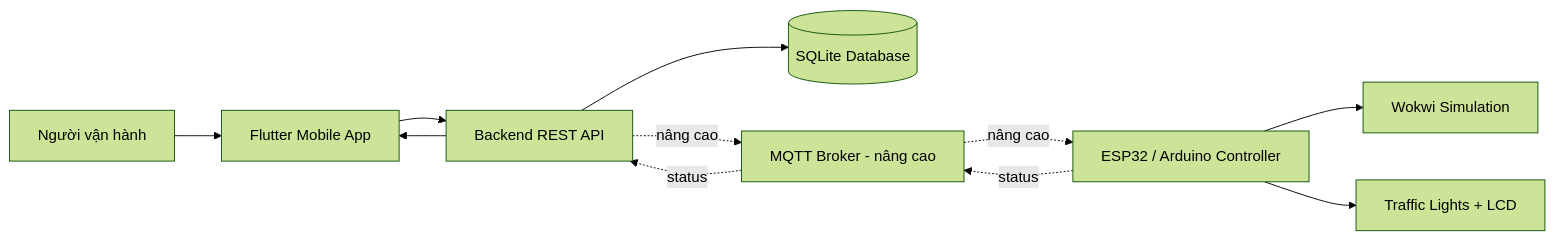
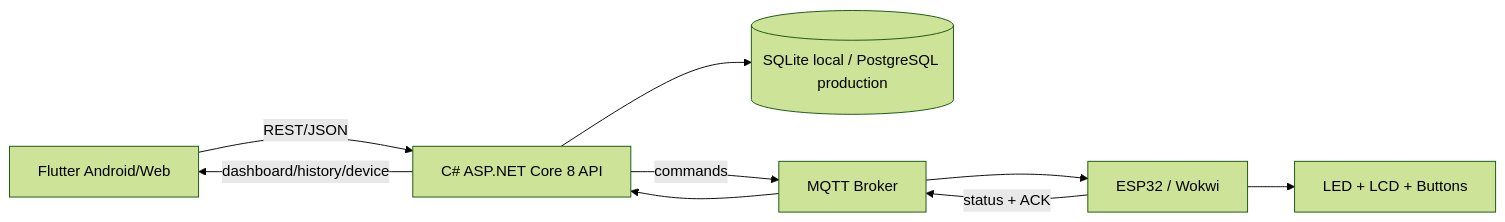
Before and after one commit to xuanhai0913/iot-traffic-light-wokwi: the diagram in plan.md, drawn with Mermaid (forest theme). The commit also changed other lines of this file and 10 other files, not shown here.

````diff
--- a/plan.md
+++ b/plan.md
@@ -86,22 +34,18 @@
 ```mermaid
 flowchart LR
-    Operator["Người vận hành"]
-    Flutter["Flutter Mobile App"]
-    API["Backend REST API"]
-    DB[("SQLite Database")]
-    MQTT["MQTT Broker - nâng cao"]
-    Device["ESP32 / Arduino Controller"]
-    Wokwi["Wokwi Simulation"]
-    Lights["Traffic Lights + LCD"]
+    Phone["Flutter Android/Web"]
+    Api["C# ASP.NET Core 8 API"]
+    Db[("SQLite local / PostgreSQL production")]
+    Broker["MQTT Broker"]
+    Device["ESP32 / Wokwi"]
+    Output["LED + LCD + Buttons"]
 
-    Operator --> Flutter
-    Flutter --> API
-    API --> DB
-    API -. nâng cao .-> MQTT
-    MQTT -. nâng cao .-> Device
-    Device --> Wokwi
-    Device --> Lights
-    Device -. status .-> MQTT
-    MQTT -. status .-> API
-    API --> Flutter
+    Phone -->|"REST/JSON"| Api
+    Api --> Db
+    Api -->|"commands"| Broker
+    Broker --> Device
+    Device --> Output
+    Device -->|"status + ACK"| Broker
+    Broker --> Api
+    Api -->|"dashboard/history/device"| Phone
 ```
````
